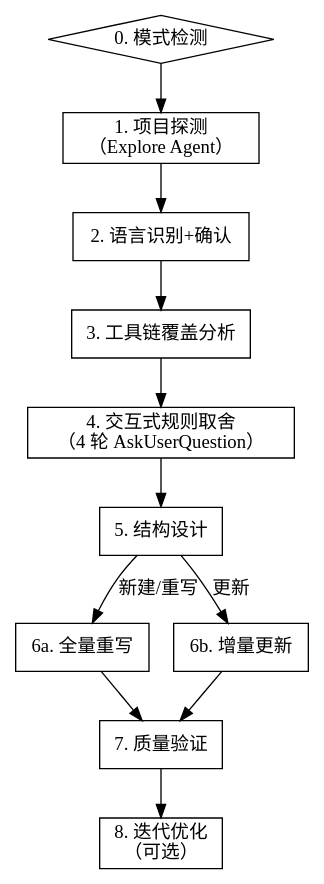
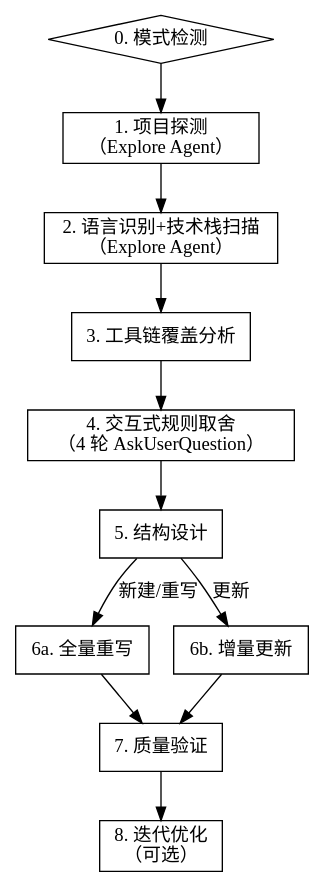
Before and after one commit to eefnrowe/crafts-hub: the diagram in skills/writing-claude-md/SKILL.md, drawn with Graphviz. The commit also changed other lines of this file, not shown here.

First line of the commit message:
Wire detection signals into SKILL.md flow: add tech stack scanning, remove redundancy

````diff
--- a/skills/writing-claude-md/SKILL.md
+++ b/skills/writing-claude-md/SKILL.md
@@ -21,25 +21,25 @@
 ```dot
 digraph writing_claude_md {
     "0. 模式检测" [shape=diamond];
     "1. 项目探测\n（Explore Agent）" [shape=box];
-    "2. 语言识别+确认" [shape=box];
+    "2. 语言识别+技术栈扫描\n（Explore Agent）" [shape=box];
     "3. 工具链覆盖分析" [shape=box];
     "4. 交互式规则取舍\n（4 轮 AskUserQuestion）" [shape=box];
     "5. 结构设计" [shape=box];
     "6a. 全量重写" [shape=box];
     "6b. 增量更新" [shape=box];
     "7. 质量验证" [shape=box];
     "8. 迭代优化\n（可选）" [shape=box];
 
     "0. 模式检测" -> "1. 项目探测\n（Explore Agent）";
-    "1. 项目探测\n（Explore Agent）" -> "2. 语言识别+确认";
-    "2. 语言识别+确认" -> "3. 工具链覆盖分析";
+    "1. 项目探测\n（Explore Agent）" -> "2. 语言识别+技术栈扫描\n（Explore Agent）";
+    "2. 语言识别+技术栈扫描\n（Explore Agent）" -> "3. 工具链覆盖分析";
     "3. 工具链覆盖分析" -> "4. 交互式规则取舍\n（4 轮 AskUserQuestion）";
     "4. 交互式规则取舍\n（4 轮 AskUserQuestion）" -> "5. 结构设计";
     "5. 结构设计" -> "6a. 全量重写" [label="新建/重写"];
     "5. 结构设计" -> "6b. 增量更新" [label="更新"];
     "6a. 全量重写" -> "7. 质量验证";
     "6b. 增量更新" -> "7. 质量验证";
     "7. 质量验证" -> "8. 迭代优化\n（可选）";
 }
 ```
````
